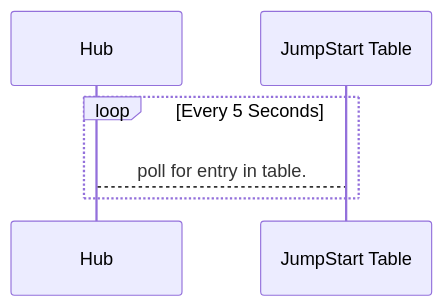
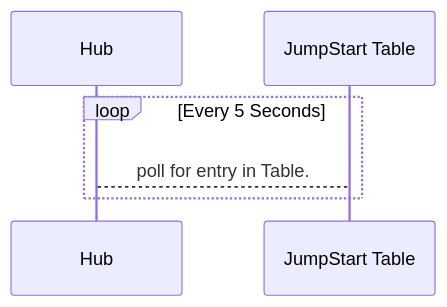
Before and after one commit to abhikmitra/blog: the second of 7 diagrams in content/blog/durable-task-3/index.md, drawn with Mermaid. The commit also changed other lines of this file, not shown here.

````diff
--- a/content/blog/durable-task-3/index.md
+++ b/content/blog/durable-task-3/index.md
@@ -102,6 +102,6 @@
 ```mermaid
 sequenceDiagram
 loop Every 5 Seconds
-    Hub-->JumpStart Table: poll for entry in table.
+    Hub-->JumpStart Table: poll for entry in Table.
 end
 ```
````
